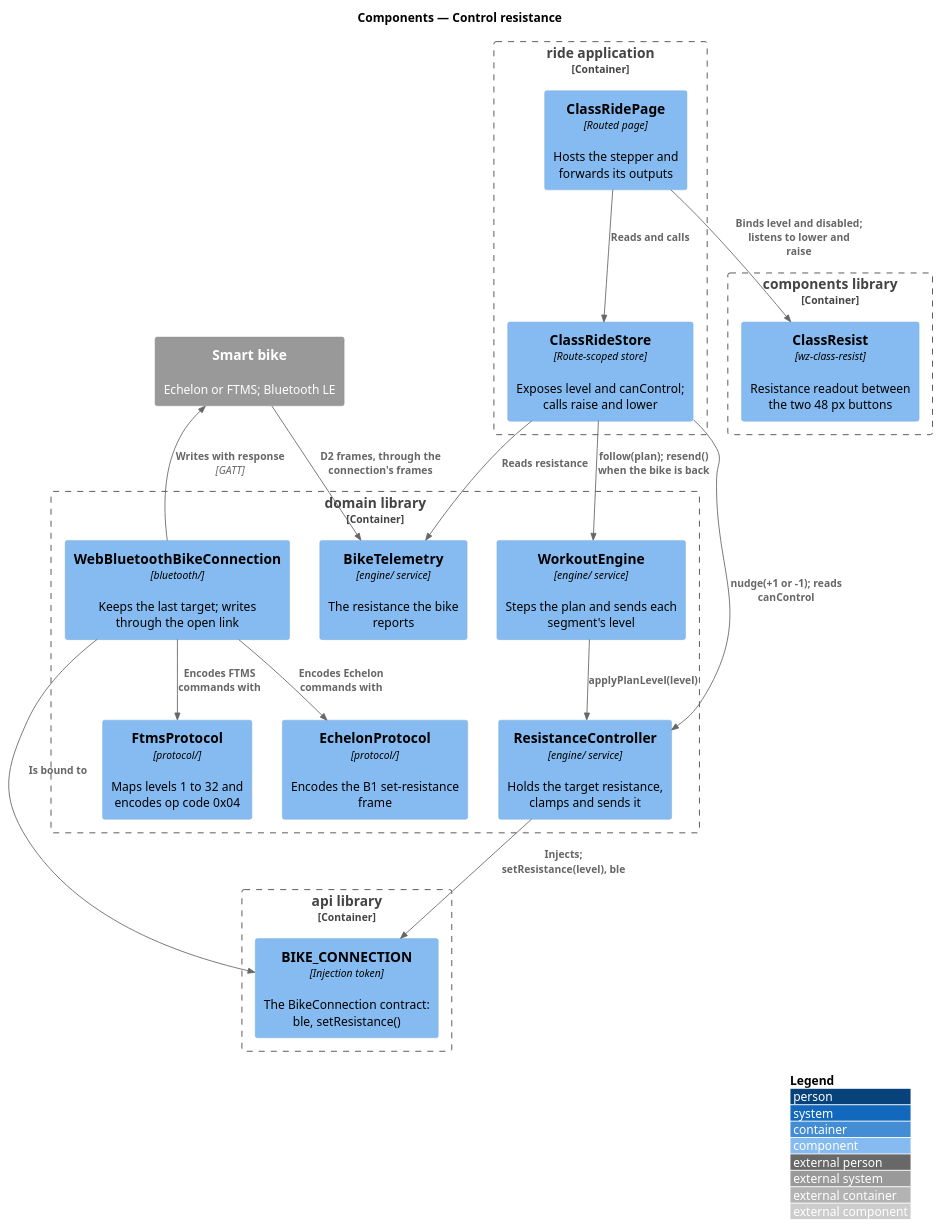
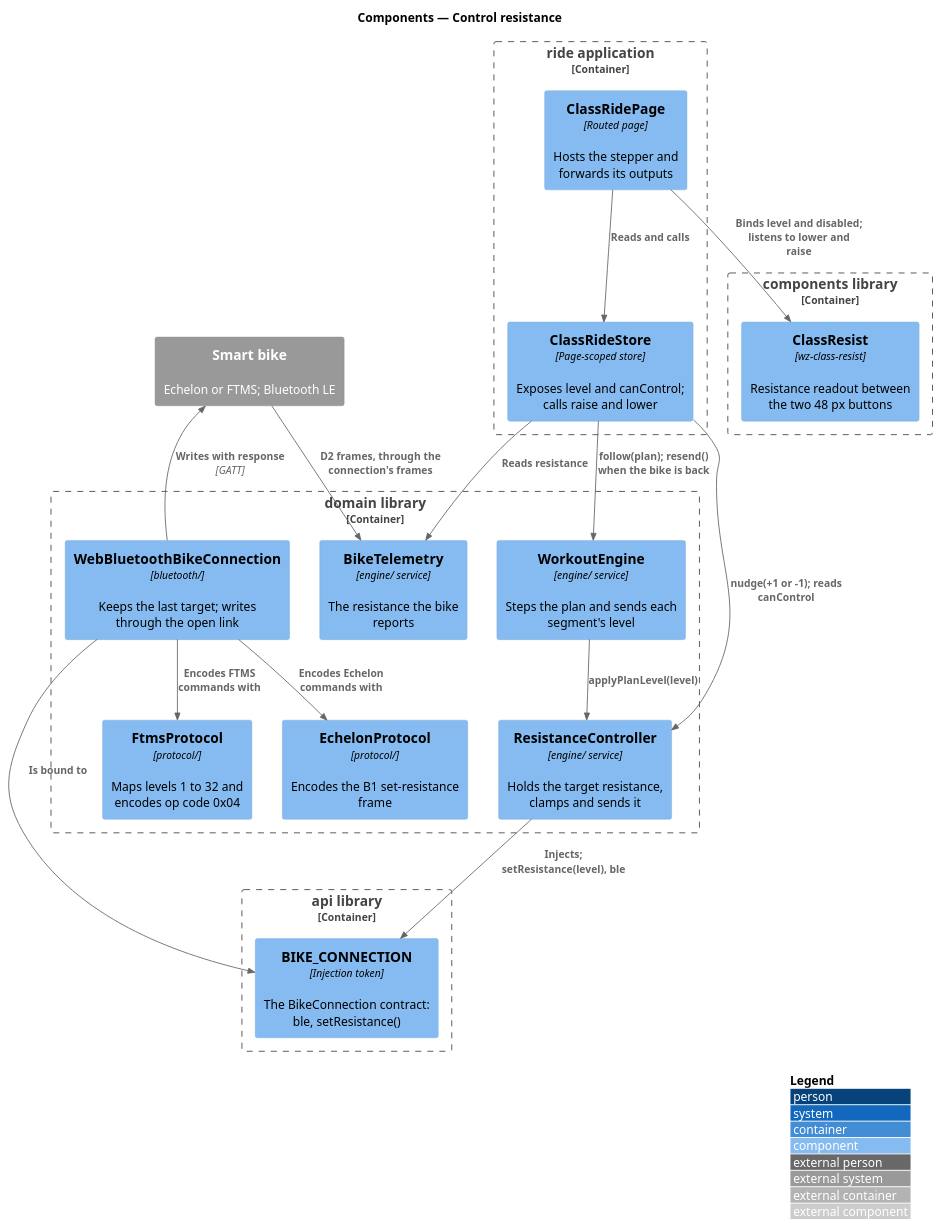
The diagram in docs/detailed-designs/bike/control-resistance/diagrams/c4-component.puml (QuinntyneBrown/ride-one), drawn with PlantUML before and after one commit. The commit also changed 106 other files, not shown here.

First line of the commit message:
Reconcile shared names and flows across the Telo Ride 1 designs

```diff
--- a/docs/detailed-designs/bike/control-resistance/diagrams/c4-component.puml
+++ b/docs/detailed-designs/bike/control-resistance/diagrams/c4-component.puml
@@ -1,39 +1,39 @@
 @startuml
 !include <C4/C4_Component>
 LAYOUT_WITH_LEGEND()
 title Components — Control resistance
 
 System_Ext(bike, "Smart bike", "Echelon or FTMS; Bluetooth LE")
 
 Container_Boundary(ride, "ride application") {
   Component(page, "ClassRidePage", "Routed page", "Hosts the stepper and forwards its outputs")
-  Component(store, "ClassRideStore", "Route-scoped store", "Exposes level and canControl; calls raise and lower")
+  Component(store, "ClassRideStore", "Page-scoped store", "Exposes level and canControl; calls raise and lower")
 }
 Container_Boundary(components, "components library") {
   Component(resist, "ClassResist", "wz-class-resist", "Resistance readout between the two 48 px buttons")
 }
 Container_Boundary(domain, "domain library") {
   Component(engine, "WorkoutEngine", "engine/ service", "Steps the plan and sends each segment's level")
   Component(controller, "ResistanceController", "engine/ service", "Holds the target resistance, clamps and sends it")
   Component(telemetry, "BikeTelemetry", "engine/ service", "The resistance the bike reports")
   Component(conn, "WebBluetoothBikeConnection", "bluetooth/", "Keeps the last target; writes through the open link")
   Component(echelon, "EchelonProtocol", "protocol/", "Encodes the B1 set-resistance frame")
   Component(ftms, "FtmsProtocol", "protocol/", "Maps levels 1 to 32 and encodes op code 0x04")
 }
 Container_Boundary(api, "api library") {
   Component(token, "BIKE_CONNECTION", "Injection token", "The BikeConnection contract: ble, setResistance()")
 }
 
 Rel(page, resist, "Binds level and disabled; listens to lower and raise")
 Rel(page, store, "Reads and calls")
 Rel(store, controller, "nudge(+1 or -1); reads canControl")
 Rel(store, telemetry, "Reads resistance")
 Rel(store, engine, "follow(plan); resend() when the bike is back")
 Rel(engine, controller, "applyPlanLevel(level)")
 Rel(controller, token, "Injects; setResistance(level), ble")
 Rel(conn, token, "Is bound to")
 Rel(conn, echelon, "Encodes Echelon commands with")
 Rel(conn, ftms, "Encodes FTMS commands with")
 Rel(conn, bike, "Writes with response", "GATT")
 Rel(bike, telemetry, "D2 frames, through the connection's frames")
 @enduml
```
